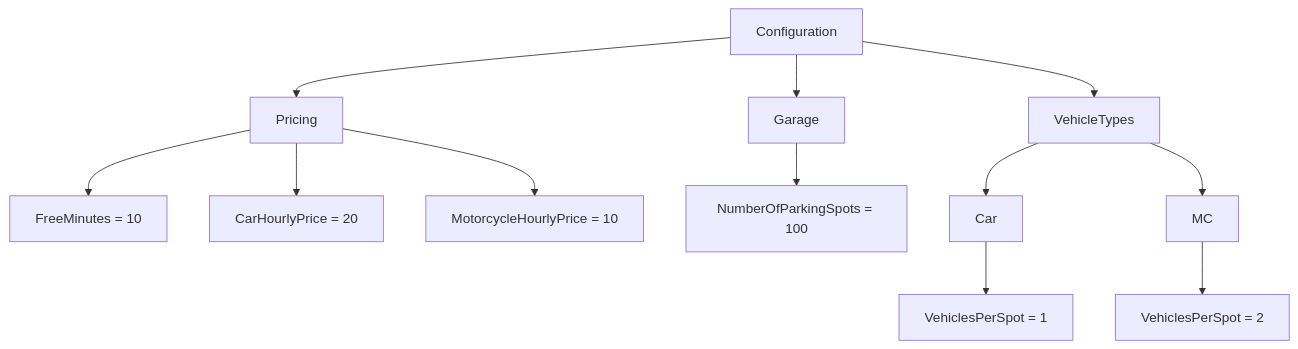
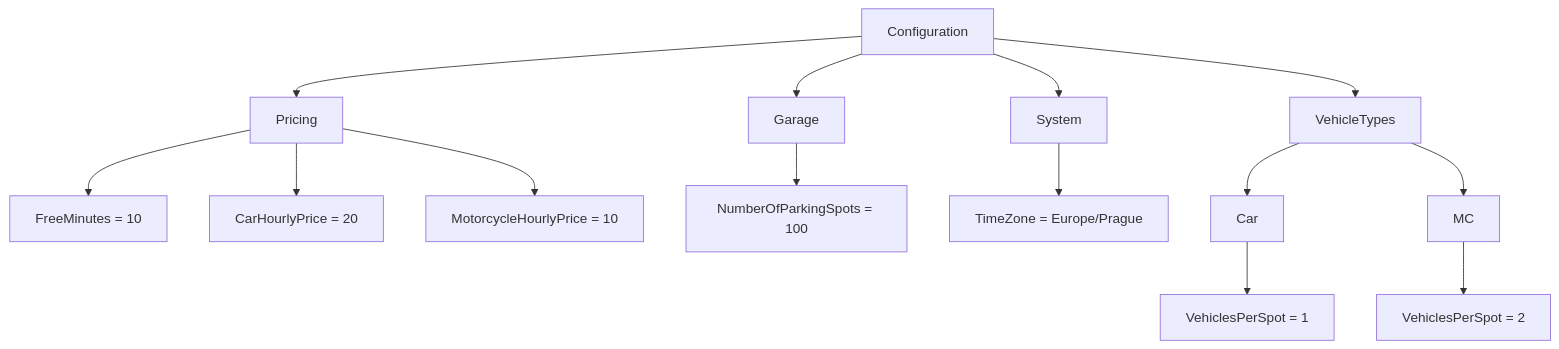
The diagram in docs/configuration.md (KYH-RAMI/CSharp-Assignments), drawn with Mermaid before and after one commit. The commit also changed other lines of this file and 7 other files, not shown here.

````diff
--- a/docs/configuration.md
+++ b/docs/configuration.md
@@ -3,18 +5,23 @@
 ```mermaid
 flowchart TD
     A[Configuration]
+
     A --> B[Pricing]
     B --> B1[FreeMinutes = 10]
     B --> B2[CarHourlyPrice = 20]
     B --> B3[MotorcycleHourlyPrice = 10]
 
     A --> C[Garage]
     C --> C1[NumberOfParkingSpots = 100]
 
-    A --> D[VehicleTypes]
-    D --> D1[Car]
-    D1 --> D11[VehiclesPerSpot = 1]
+    A --> D[System]
+    D --> D1[TimeZone = Europe/Prague]
 
-    D --> D2[MC]
-    D2 --> D21[VehiclesPerSpot = 2]
+    A --> E[VehicleTypes]
+
+    E --> E1[Car]
+    E1 --> E11[VehiclesPerSpot = 1]
+
+    E --> E2[MC]
+    E2 --> E21[VehiclesPerSpot = 2]
 ```
````
